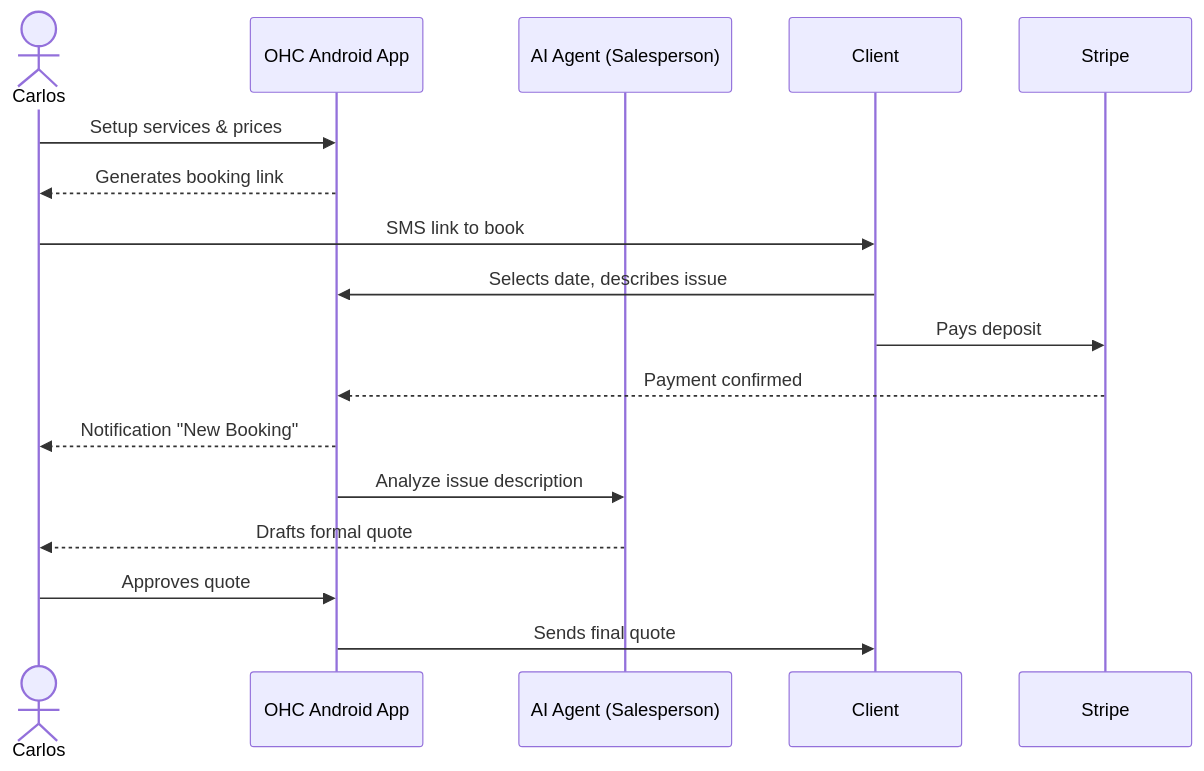
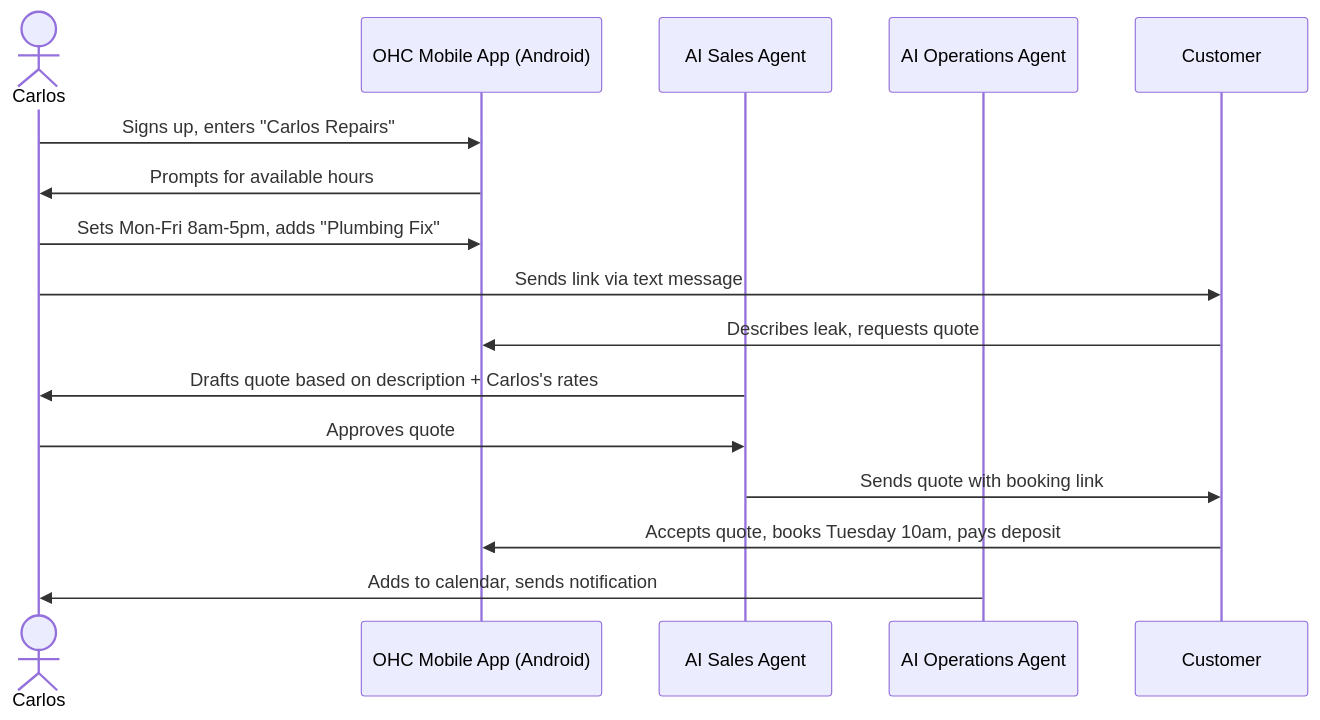
Before and after one commit to omnisolo-llc/onehumancorp: the second of 5 diagrams in docs/architecture/ohc_business_journey_architecture.md, drawn with Mermaid. The commit also changed other lines of this file, not shown here.

First line of the commit message:
docs: Update Business Journey Architecture document

````diff
--- a/docs/architecture/ohc_business_journey_architecture.md
+++ b/docs/architecture/ohc_business_journey_architecture.md
@@ -57,20 +55,19 @@
 ```mermaid
 sequenceDiagram
     actor Carlos
-    participant OHC Android App
-    participant AI Agent (Salesperson)
-    participant Client
-    participant Stripe
+    participant OHC Mobile App (Android)
+    participant AI Sales Agent
+    participant AI Operations Agent
+    participant Customer
 
-    Carlos->>OHC Android App: Setup services & prices
-    OHC Android App-->>Carlos: Generates booking link
-    Carlos->>Client: SMS link to book
-    Client->>OHC Android App: Selects date, describes issue
-    Client->>Stripe: Pays deposit
-    Stripe-->>OHC Android App: Payment confirmed
-    OHC Android App-->>Carlos: Notification "New Booking"
-    OHC Android App->>AI Agent (Salesperson): Analyze issue description
-    AI Agent (Salesperson)-->>Carlos: Drafts formal quote
-    Carlos->>OHC Android App: Approves quote
-    OHC Android App->>Client: Sends final quote
+    Carlos->>OHC Mobile App (Android): Signs up, enters "Carlos Repairs"
+    OHC Mobile App (Android)->>Carlos: Prompts for available hours
+    Carlos->>OHC Mobile App (Android): Sets Mon-Fri 8am-5pm, adds "Plumbing Fix"
+    Carlos->>Customer: Sends link via text message
+    Customer->>OHC Mobile App (Android): Describes leak, requests quote
+    AI Sales Agent->>Carlos: Drafts quote based on description + Carlos's rates
+    Carlos->>AI Sales Agent: Approves quote
+    AI Sales Agent->>Customer: Sends quote with booking link
+    Customer->>OHC Mobile App (Android): Accepts quote, books Tuesday 10am, pays deposit
+    AI Operations Agent->>Carlos: Adds to calendar, sends notification
 ```
````
